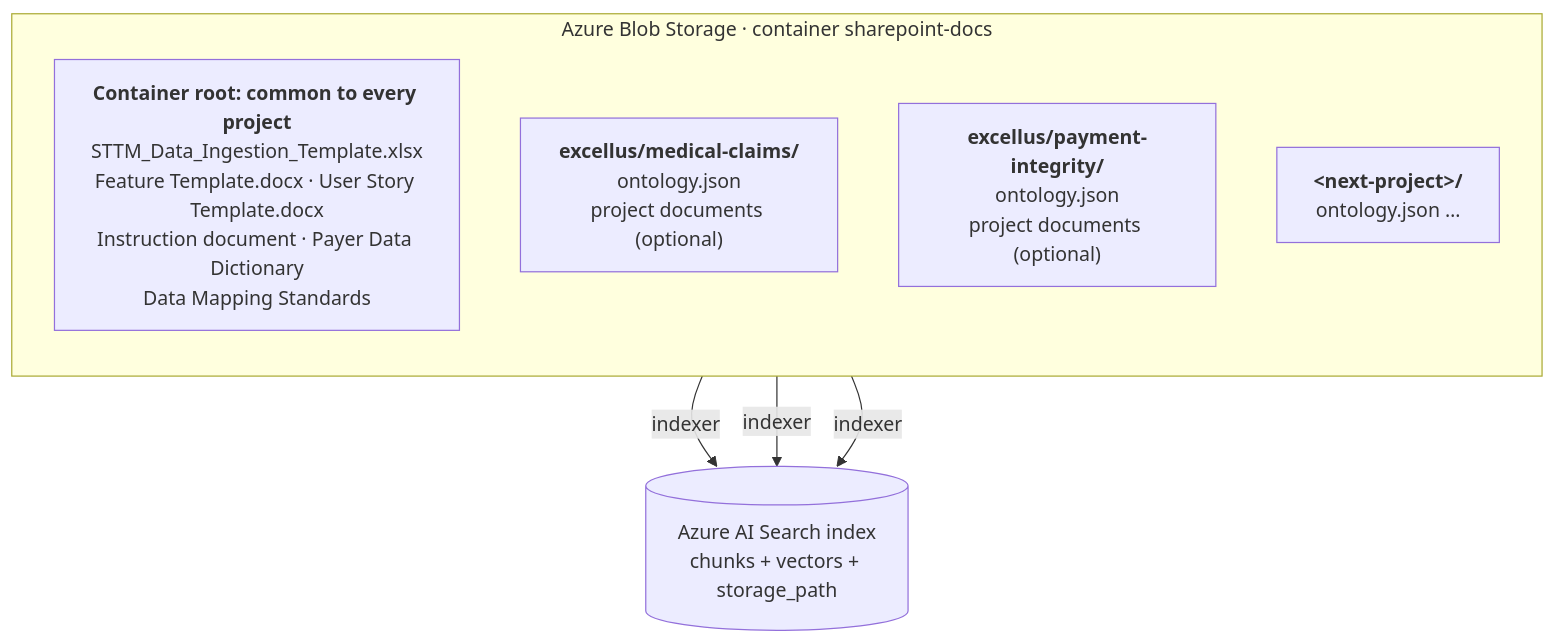
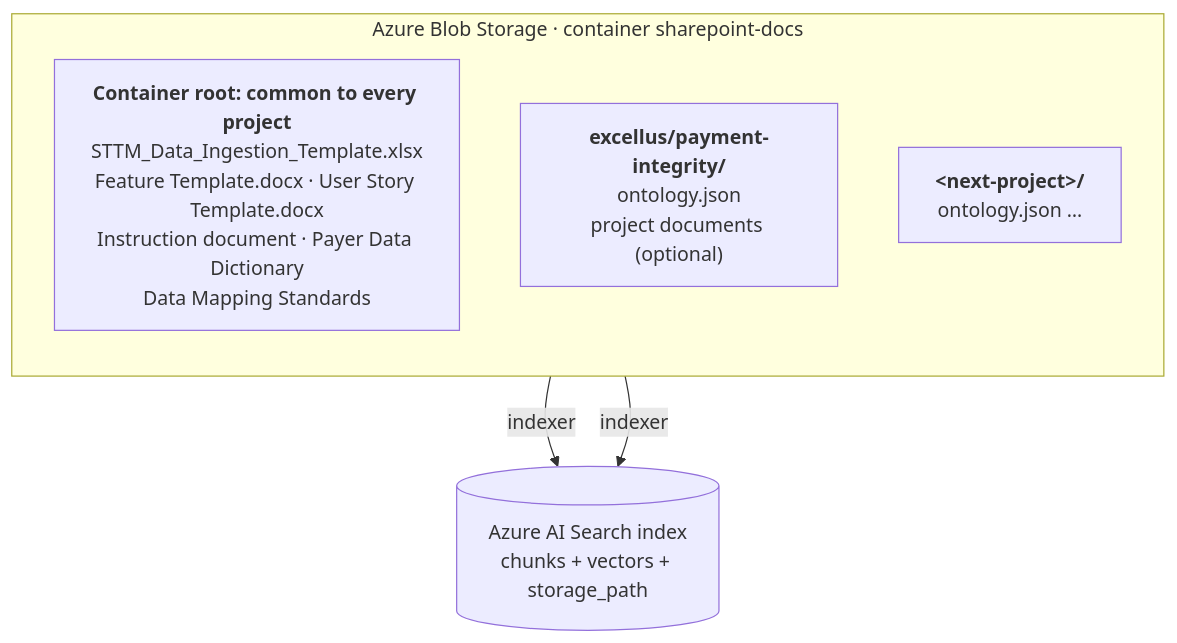
Before and after one commit to oterademoacrisure/P_Backend_FastAPI_Azure: the fifth of 11 diagrams in ontology.md, drawn with Mermaid. The commit also changed other lines of this file, not shown here.

````diff
--- a/ontology.md
+++ b/ontology.md
@@ -371,14 +464,12 @@
 ```mermaid
 flowchart TB
     subgraph Blob["Azure Blob Storage · container sharepoint-docs"]
         direction TB
         ROOT["<b>Container root: common to every project</b><br/>STTM_Data_Ingestion_Template.xlsx<br/>Feature Template.docx · User Story Template.docx<br/>Instruction document · Payer Data Dictionary<br/>Data Mapping Standards"]
-        P1["<b>excellus/medical-claims/</b><br/>ontology.json<br/>project documents (optional)"]
         P2["<b>excellus/payment-integrity/</b><br/>ontology.json<br/>project documents (optional)"]
         PN["<b>&lt;next-project&gt;/</b><br/>ontology.json …"]
     end
     IX[("Azure AI Search index<br/>chunks + vectors + storage_path")]
     ROOT -- "indexer" --> IX
-    P1 -- "indexer" --> IX
     P2 -- "indexer" --> IX
 ```
````
